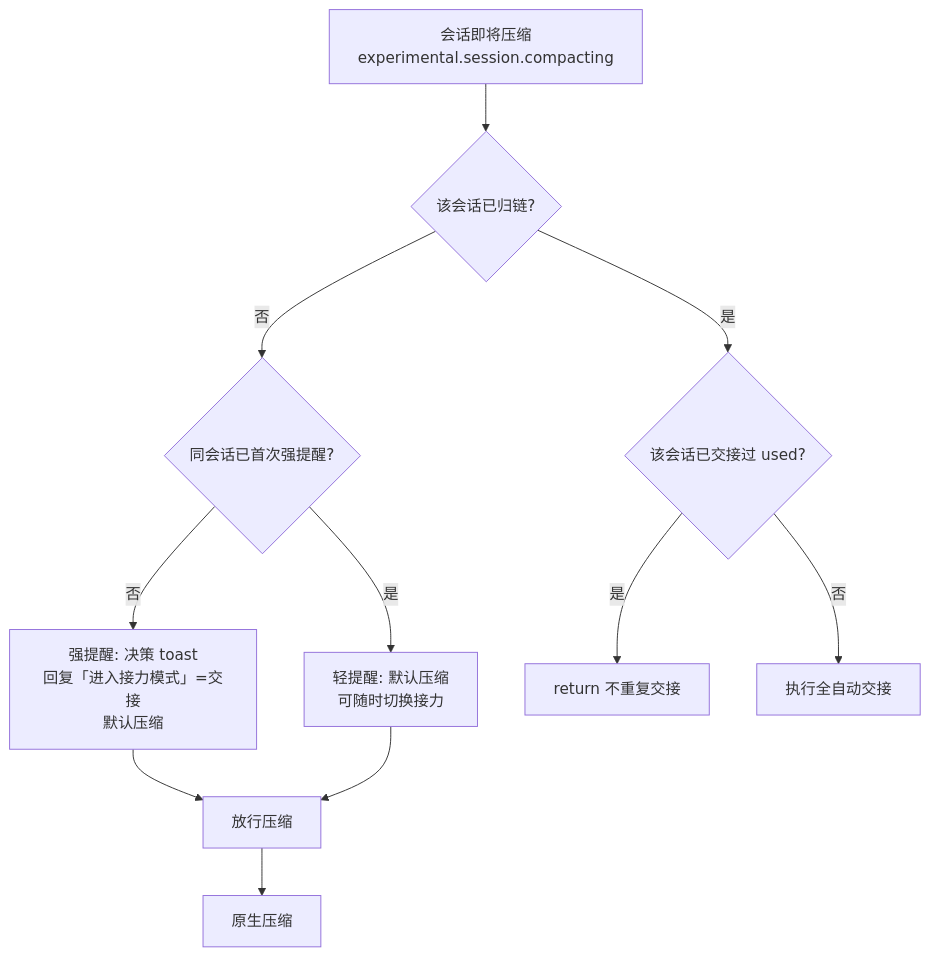
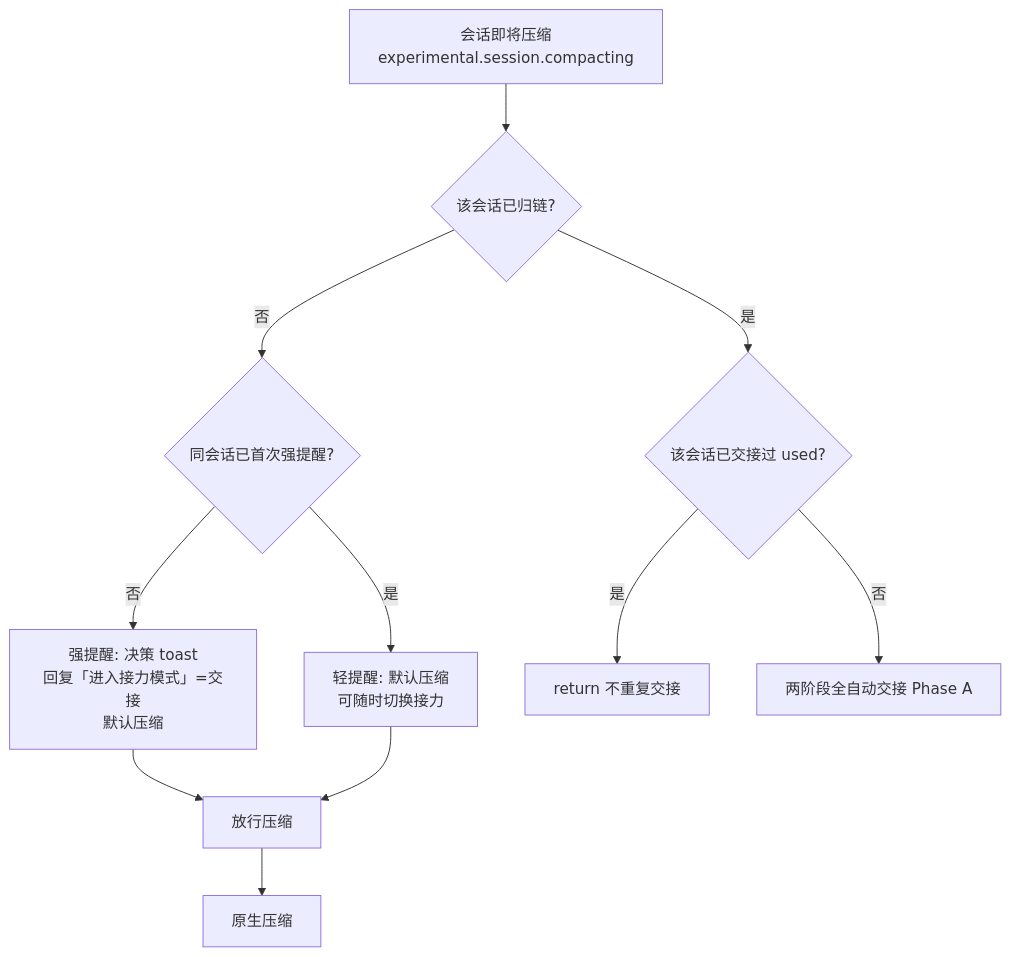
The first of 4 diagrams in docs/flow.md (Qiu-Kejian/opencode-session-relay), drawn with Mermaid before and after one commit. The commit also changed other lines of this file and 10 other files, not shown here.

````diff
--- a/docs/flow.md
+++ b/docs/flow.md
@@ -7,13 +7,13 @@
 ```mermaid
 flowchart TD
     A[会话即将压缩<br/>experimental.session.compacting] --> B{该会话已归链?}
     B -- 否 --> C{同会话已首次强提醒?}
     B -- 是 --> D{该会话已交接过 used?}
     C -- 否 --> E[强提醒: 决策 toast<br/>回复「进入接力模式」=交接<br/>默认压缩]
     C -- 是 --> F[轻提醒: 默认压缩<br/>可随时切换接力]
     D -- 是 --> G[return 不重复交接]
-    D -- 否 --> H[执行全自动交接]
+    D -- 否 --> H[两阶段全自动交接 Phase A]
     E --> I[放行压缩]
     F --> I
     I --> J[原生压缩]
 ```
````
